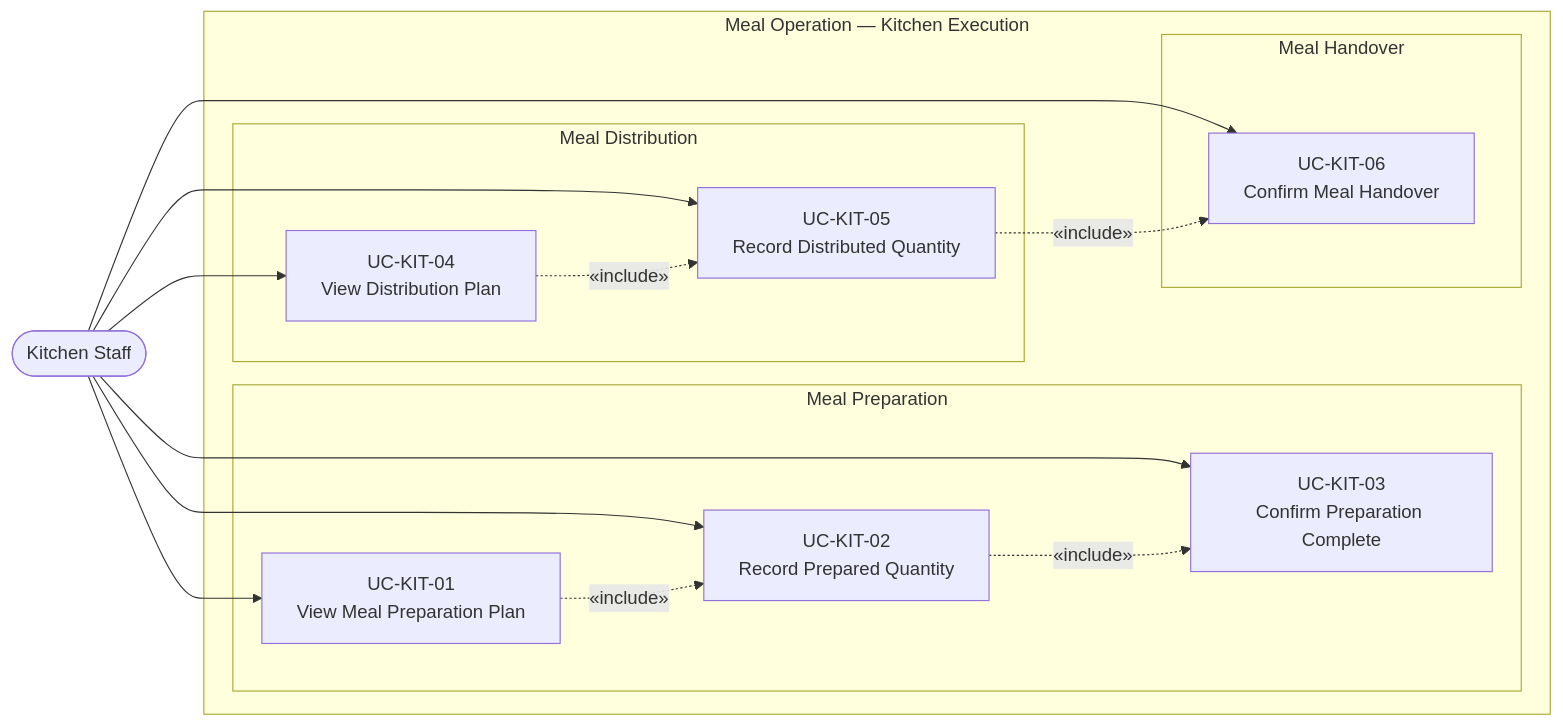
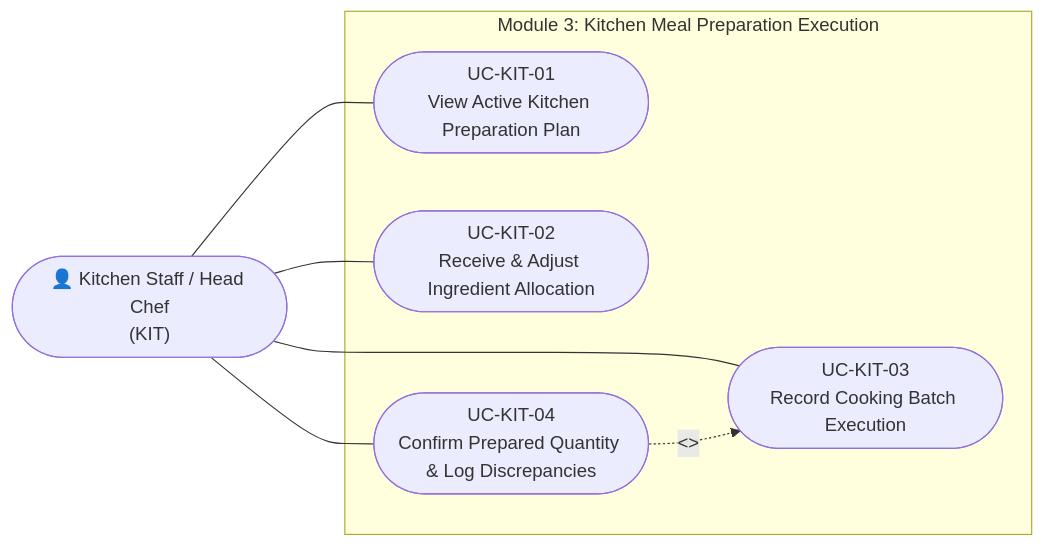
One commit to Bernie-TruongTQ/PRIMARY_SCHOOL_SEMI-BOARDING_MEAL_MANAGEMENT_SYSTEM changed the diagram in docs/03-roles-usecases/usecase-kitchen.md. Above: the diagram before and after it, drawn with Mermaid. The commit also changed other lines of this file and 19 other files, not shown here.

Commit message:
docs: add comprehensive top-down documentation covering roles, use cases, information architecture, and traceability

````diff
--- a/docs/03-roles-usecases/usecase-kitchen.md
+++ b/docs/03-roles-usecases/usecase-kitchen.md
@@ -5,33 +13,18 @@
 ```mermaid
-graph LR
-    KIT([Kitchen Staff])
+flowchart LR
+    KIT(["👤 Kitchen Staff / Head Chef\n(KIT)"])
 
-    subgraph SYSTEM["Meal Operation — Kitchen Execution"]
-        subgraph PREP["Meal Preparation"]
-            UC_KIT_01["UC-KIT-01\nView Meal Preparation Plan"]
-            UC_KIT_02["UC-KIT-02\nRecord Prepared Quantity"]
-            UC_KIT_03["UC-KIT-03\nConfirm Preparation Complete"]
-        end
-
-        subgraph DIST["Meal Distribution"]
-            UC_KIT_04["UC-KIT-04\nView Distribution Plan"]
-            UC_KIT_05["UC-KIT-05\nRecord Distributed Quantity"]
-        end
-
-        subgraph HAND["Meal Handover"]
-            UC_KIT_06["UC-KIT-06\nConfirm Meal Handover"]
-        end
+    subgraph SYSTEM["Module 3: Kitchen Meal Preparation Execution"]
+        UC1(["UC-KIT-01\nView Active Kitchen Preparation Plan"])
+        UC2(["UC-KIT-02\nReceive & Adjust Ingredient Allocation"])
+        UC3(["UC-KIT-03\nRecord Cooking Batch Execution"])
+        UC4(["UC-KIT-04\nConfirm Prepared Quantity & Log Discrepancies"])
     end
 
-    KIT --> UC_KIT_01
-    KIT --> UC_KIT_02
-    KIT --> UC_KIT_03
-    KIT --> UC_KIT_04
-    KIT --> UC_KIT_05
-    KIT --> UC_KIT_06
+    KIT --- UC1
+    KIT --- UC2
+    KIT --- UC3
+    KIT --- UC4
 
-    UC_KIT_01 -.->|"«include»"| UC_KIT_02
-    UC_KIT_02 -.->|"«include»"| UC_KIT_03
-    UC_KIT_04 -.->|"«include»"| UC_KIT_05
-    UC_KIT_05 -.->|"«include»"| UC_KIT_06
+    UC4 -.->|"<<include>>"| UC3
 ```
````
